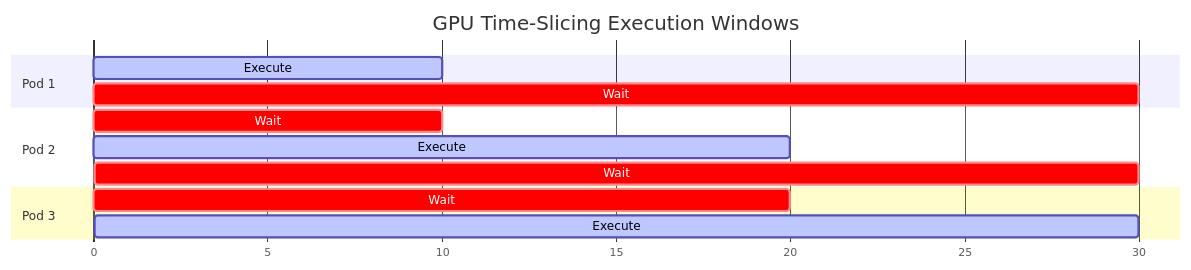
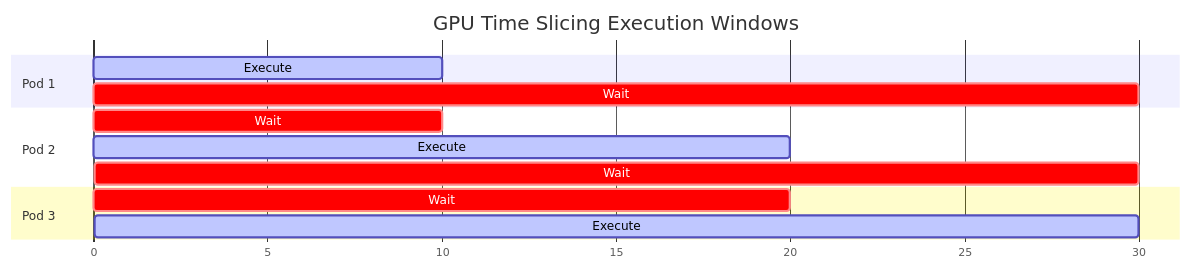
Before and after one commit to ok-karthik/ai-infrastructure-on-eks: the diagram in docs/performance.md, drawn with Mermaid. The commit also changed other lines of this file and 17 other files, not shown here.

````diff
--- a/docs/performance.md
+++ b/docs/performance.md
@@ -28,16 +21,16 @@
 ```mermaid
 gantt
-    title GPU Time-Slicing Execution Windows
+    title GPU Time Slicing Execution Windows
     dateFormat  X
     axisFormat %s
     section Pod 1
     Execute :active, 0, 10
     Wait    :crit, 10, 30
     section Pod 2
     Wait    :crit, 0, 10
     Execute :active, 10, 20
     Wait    :crit, 20, 30
     section Pod 3
     Wait    :crit, 0, 20
     Execute :active, 20, 30
 ```
````
